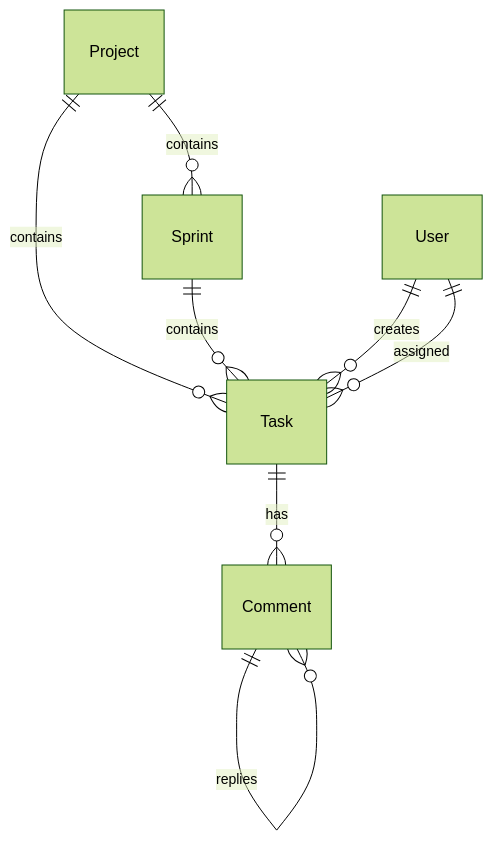
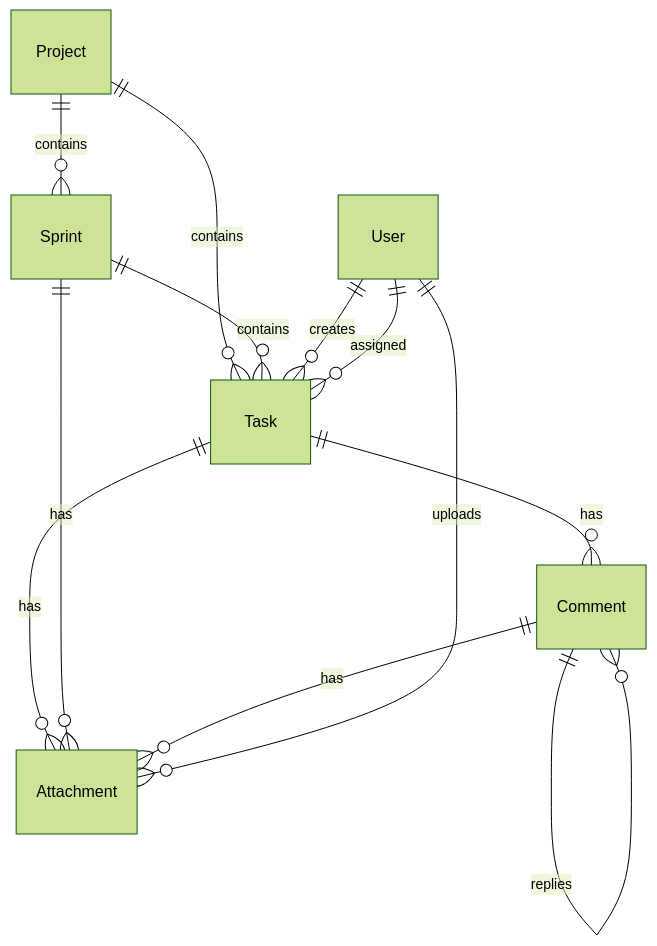
The diagram in llm-wiki/database.md (codeterrayt/Zeta), drawn with Mermaid (forest theme) before and after one commit. The commit also changed other lines of this file and 3 other files, not shown here.

Commit message:
docs: add technical documentation for database schema and file attachment feature system

````diff
--- a/llm-wiki/database.md
+++ b/llm-wiki/database.md
@@ -38,10 +45,14 @@
 ```mermaid
 erDiagram
     Project ||--o{ Sprint : contains
     Project ||--o{ Task : contains
     Sprint ||--o{ Task : contains
     Task ||--o{ Comment : has
     User ||--o{ Task : creates
     User ||--o{ Task : assigned
     Comment ||--o{ Comment : replies
+    Task ||--o{ Attachment : has
+    Sprint ||--o{ Attachment : has
+    Comment ||--o{ Attachment : has
+    User ||--o{ Attachment : uploads
 ```
````
